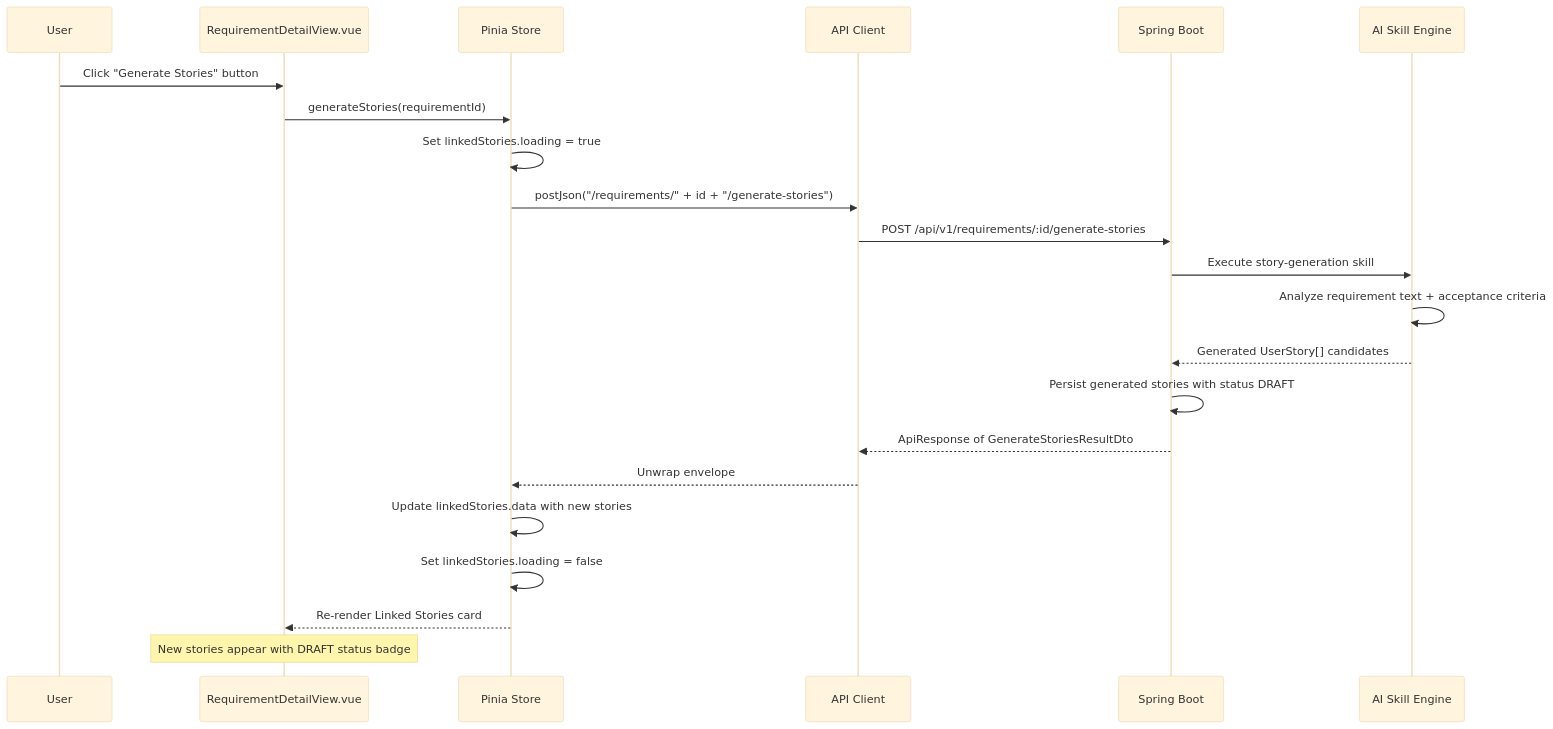
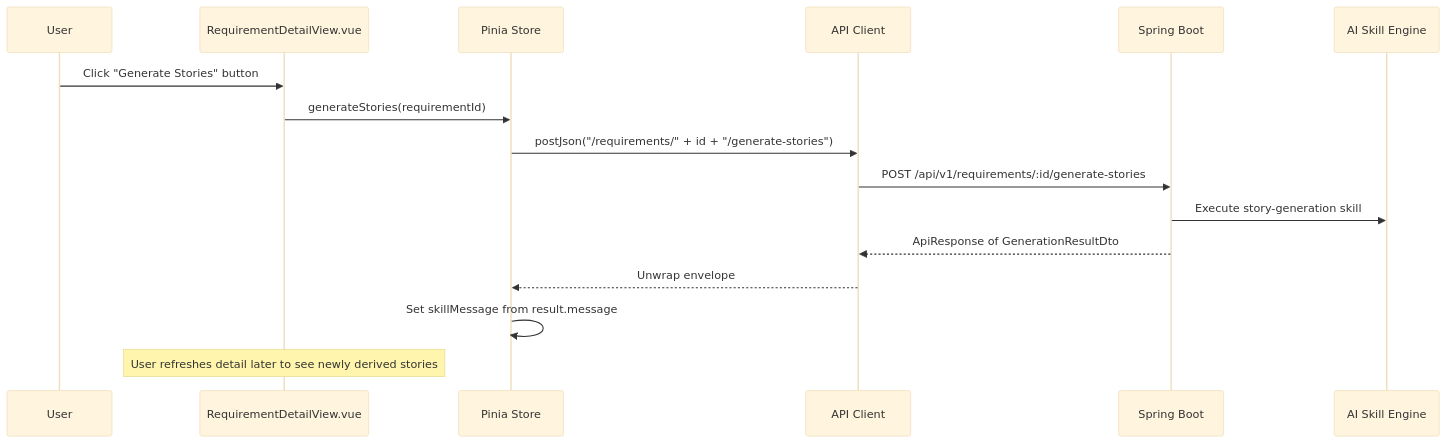
One commit to wwa-lab/Agentic-SDLC-Control-Tower changed the fourth of 13 diagrams in docs/04-architecture/requirement-data-flow.md. Above: the diagram before and after it, drawn with Mermaid (base theme). The commit also changed other lines of this file and 95 other files, not shown here.

Commit message:
feat: add kb-backed requirement intake flow

````diff
--- a/docs/04-architecture/requirement-data-flow.md
+++ b/docs/04-architecture/requirement-data-flow.md
@@ -165,25 +170,19 @@
 ```mermaid
 sequenceDiagram
     participant User
     participant Detail as RequirementDetailView.vue
     participant Store as Pinia Store
     participant Client as API Client
     participant Backend as Spring Boot
     participant AISkill as AI Skill Engine
 
     User->>Detail: Click "Generate Stories" button
     Detail->>Store: generateStories(requirementId)
-    Store->>Store: Set linkedStories.loading = true
     Store->>Client: postJson("/requirements/" + id + "/generate-stories")
     Client->>Backend: POST /api/v1/requirements/:id/generate-stories
     Backend->>AISkill: Execute story-generation skill
-    AISkill->>AISkill: Analyze requirement text + acceptance criteria
-    AISkill-->>Backend: Generated UserStory[] candidates
-    Backend->>Backend: Persist generated stories with status DRAFT
-    Backend-->>Client: ApiResponse of GenerateStoriesResultDto
+    Backend-->>Client: ApiResponse of GenerationResultDto
     Client-->>Store: Unwrap envelope
-    Store->>Store: Update linkedStories.data with new stories
-    Store->>Store: Set linkedStories.loading = false
-    Store-->>Detail: Re-render Linked Stories card
-    Note over Detail: New stories appear with DRAFT status badge
+    Store->>Store: Set skillMessage from result.message
+    Note over Detail: User refreshes detail later to see newly derived stories
 ```
````
